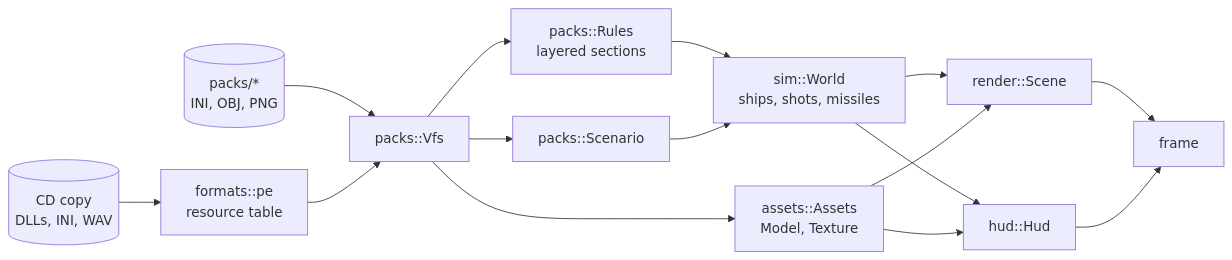
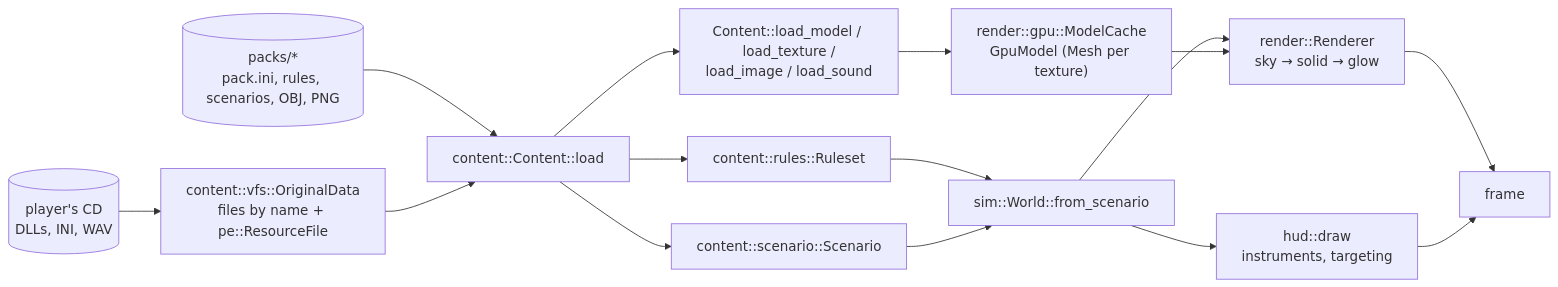
One commit to bbogovich/OpenInterceptor changed the second of 4 diagrams in docs/architecture/index.md. Above: the diagram before and after it, drawn with Mermaid. The commit also changed other lines of this file and 48 other files, not shown here.

````diff
--- a/docs/architecture/index.md
+++ b/docs/architecture/index.md
@@ -54,17 +63,17 @@
 ```mermaid
 flowchart LR
-    CD[("CD copy<br/>DLLs, INI, WAV")] --> PE["formats::pe<br/>resource table"]
-    PK[("packs/*<br/>INI, OBJ, PNG")] --> V["packs::Vfs"]
-    PE --> V
-    V --> RU["packs::Rules<br/>layered sections"]
-    V --> SC["packs::Scenario"]
-    V --> AS["assets::Assets<br/>Model, Texture"]
-    RU --> W["sim::World<br/>ships, shots, missiles"]
+    CD[("player's CD<br/>DLLs, INI, WAV")] --> OD["content::vfs::OriginalData<br/>files by name + pe::ResourceFile"]
+    PK[("packs/*<br/>pack.ini, rules, scenarios, OBJ, PNG")] --> CT["content::Content::load"]
+    OD --> CT
+    CT --> RU["content::rules::Ruleset"]
+    CT --> SC["content::scenario::Scenario"]
+    CT --> LD["Content::load_model / load_texture /<br/>load_image / load_sound"]
+    LD --> MC["render::gpu::ModelCache<br/>GpuModel (Mesh per texture)"]
+    RU --> W["sim::World::from_scenario"]
     SC --> W
-    W --> RS["render::Scene"]
-    AS --> RS
-    W --> HU["hud::Hud"]
-    AS --> HU
-    RS --> FR["frame"]
-    HU --> FR
+    W --> RN["render::Renderer<br/>sky → solid → glow"]
+    MC --> RN
+    W --> HD["hud::draw<br/>instruments, targeting"]
+    RN --> FR["frame"]
+    HD --> FR
 ```
````
